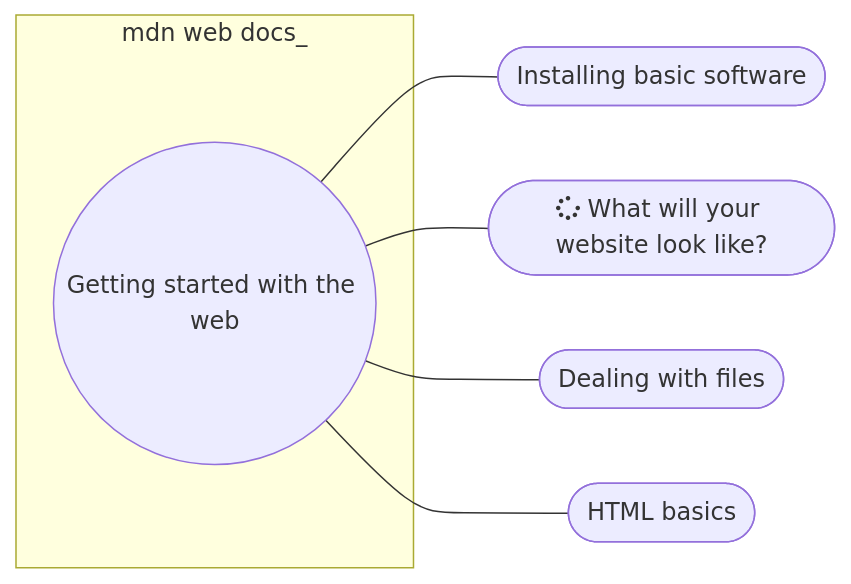
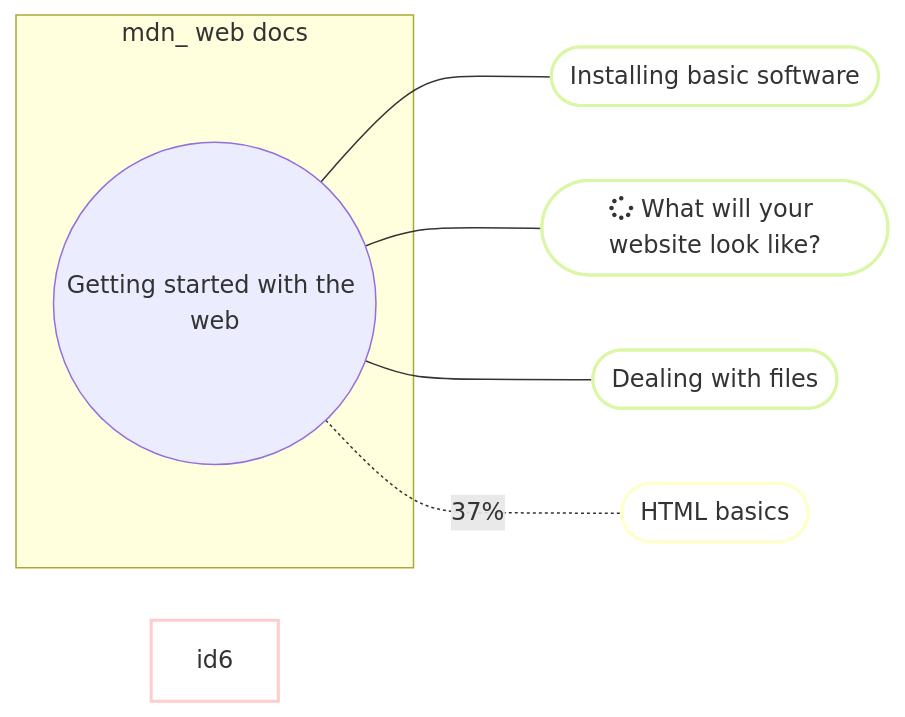
The diagram in README.md (alexander-arkhipov/alexander-arkhipov), drawn with Mermaid before and after one commit.

````diff
--- a/README.md
+++ b/README.md
@@ -1,13 +1,19 @@
 ```mermaid
 
     flowchart LR;
     
-    subgraph mdn web docs_
+    subgraph mdn_ web docs
         id1((Getting started with the web))
         end
-        id1 --- id2([Installing basic software])
+        id1 --- id2([ Installing basic software])
         id1 --- id3([fa:fa-spinner What will your website look like?])
         id1 --- id4([Dealing with files])
-        id1 --- id5([HTML basics])
-
+        id1 -. 37% .- id5([HTML basics])
+        
+        style id2 fill:#FFFFFF, stroke:#DAF7A6,stroke-width:2px
+        style id3 fill:#FFFFFF, stroke:#DAF7A6,stroke-width:2px
+        style id4 fill:#FFFFFF, stroke:#DAF7A6,stroke-width:2px
+        style id5 fill:#FFFFFF, stroke:#FFFFCC,stroke-width:2px
+        style id6 fill:#FFFFFF, stroke:#FFCCCC,stroke-width:2px
+        
 ```
````
